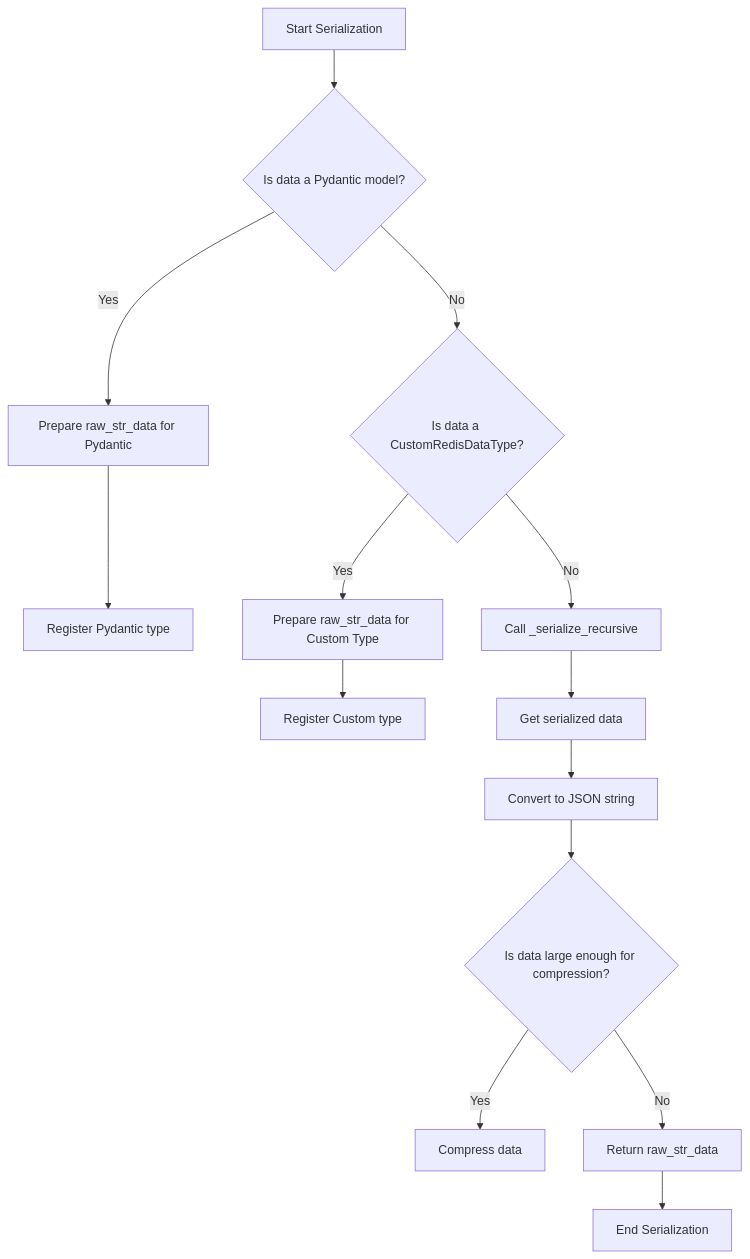
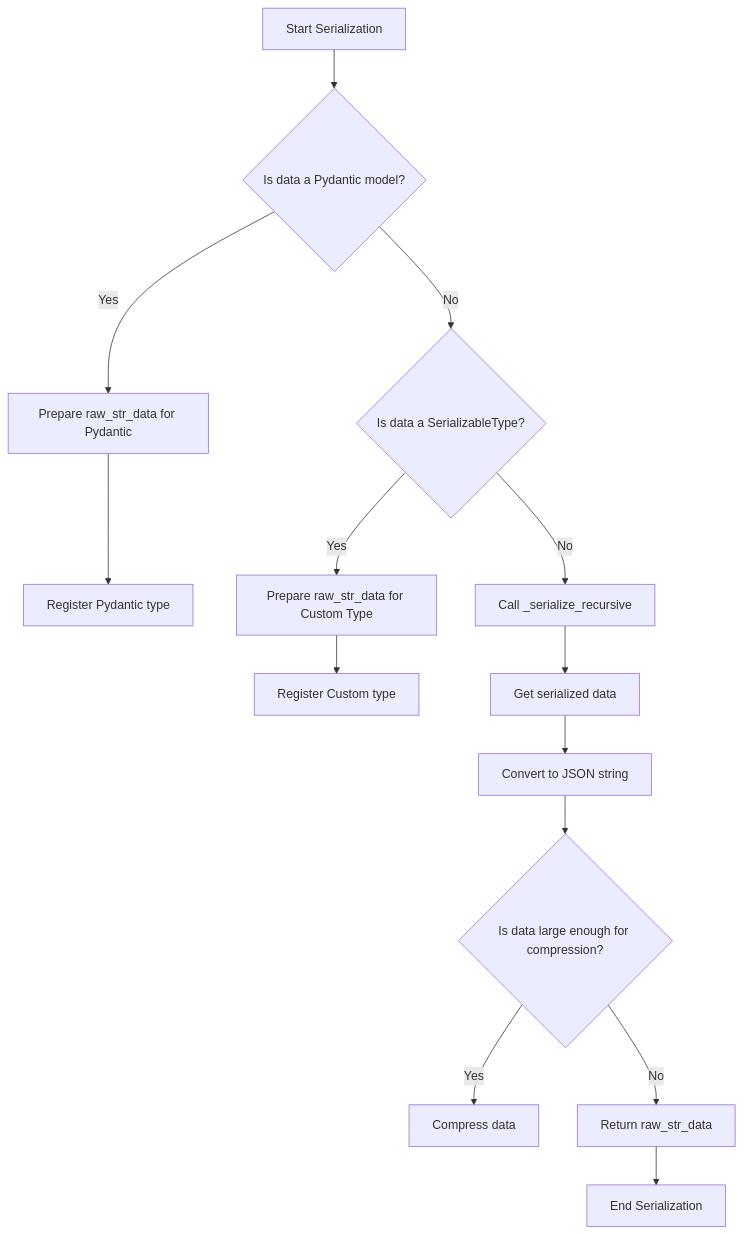
One commit to vndee/redis-data-structures changed the first of 2 diagrams in docs/type_preservation.md. Above: the diagram before and after it, drawn with Mermaid. The commit also changed other lines of this file and 8 other files, not shown here.

Commit message:
Refactor serializer module to use SerializableType instead of CustomRedisDataType

````diff
--- a/docs/type_preservation.md
+++ b/docs/type_preservation.md
@@ -176,17 +179,17 @@
 ```mermaid
 graph TD
     A[Start Serialization] --> B{Is data a Pydantic model?}
     B -- Yes --> C[Prepare raw_str_data for Pydantic]
     C --> D[Register Pydantic type]
-    B -- No --> E{Is data a CustomRedisDataType?}
+    B -- No --> E{Is data a SerializableType?}
     E -- Yes --> F[Prepare raw_str_data for Custom Type]
     F --> G[Register Custom type]
     E -- No --> H[Call _serialize_recursive]
     H --> I[Get serialized data]
     I --> J[Convert to JSON string]
     J --> K{Is data large enough for compression?}
     K -- Yes --> L[Compress data]
     K -- No --> M[Return raw_str_data]
     
     M --> N[End Serialization]
 ```
````
